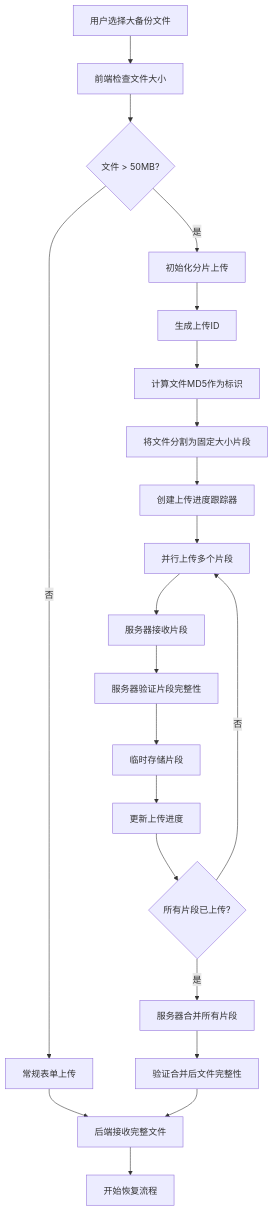
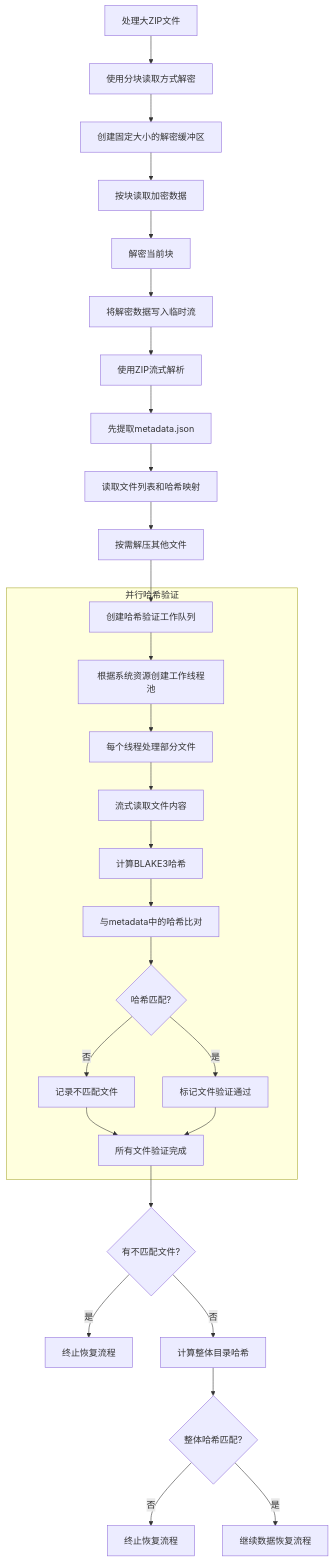
Before and after one commit to yingjianzh/iodraw-files: the diagram in all/未命名-61.md, drawn with Mermaid.

Commit message:
2025-05-15 18:31:58 update

````diff
--- a/all/未命名-61.md
+++ b/all/未命名-61.md
@@ -1,31 +1,40 @@
 ```mermaid
 flowchart TD
-    A[用户选择大备份文件] --> B[前端检查文件大小]
-    B --> C{文件 > 50MB?}
+    A[处理大ZIP文件] --> B[使用分块读取方式解密]
     
-    C -->|否| D1[常规表单上传]
-    C -->|是| D2[初始化分片上传]
+    B --> C[创建固定大小的解密缓冲区]
+    C --> D[按块读取加密数据]
+    D --> E[解密当前块]
+    E --> F[将解密数据写入临时流]
     
-    D2 --> E[生成上传ID]
-    E --> F[计算文件MD5作为标识]
-    F --> G[将文件分割为固定大小片段]
+    F --> G[使用ZIP流式解析]
+    G --> H[先提取metadata.json]
+    H --> I[读取文件列表和哈希映射]
     
-    G --> H[创建上传进度跟踪器]
-    H --> I[并行上传多个片段]
+    I --> J[按需解压其他文件]
+    J --> K[创建哈希验证工作队列]
     
-    I --> J[服务器接收片段]
-    J --> K[服务器验证片段完整性]
-    K --> L[临时存储片段]
+    subgraph 并行哈希验证
+        K --> L[根据系统资源创建工作线程池]
+        L --> M[每个线程处理部分文件]
+        
+        M --> N[流式读取文件内容]
+        N --> O[计算BLAKE3哈希]
+        O --> P[与metadata中的哈希比对]
+        
+        P --> Q{哈希匹配?}
+        Q -->|否| R[记录不匹配文件]
+        Q -->|是| S[标记文件验证通过]
+        
+        R --> T[所有文件验证完成]
+        S --> T
+    end
     
-    L --> M[更新上传进度]
-    M --> N{所有片段已上传?}
-    N -->|否| I
+    T --> U{有不匹配文件?}
+    U -->|是| V[终止恢复流程]
+    U -->|否| W[计算整体目录哈希]
     
-    N -->|是| O[服务器合并所有片段]
-    O --> P[验证合并后文件完整性]
-    
-    D1 --> Q[后端接收完整文件]
-    P --> Q
-    
-    Q --> R[开始恢复流程]
+    W --> X{整体哈希匹配?}
+    X -->|否| Y[终止恢复流程]
+    X -->|是| Z[继续数据恢复流程]
 ```
````
